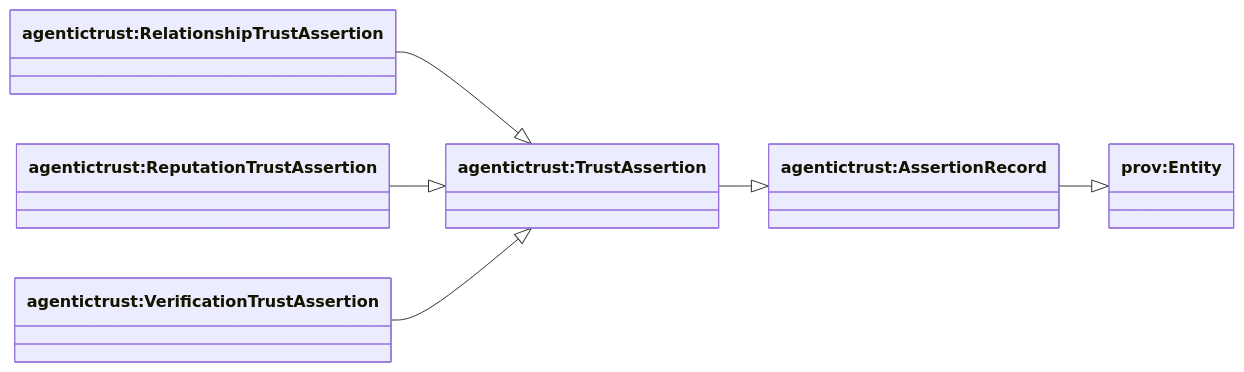
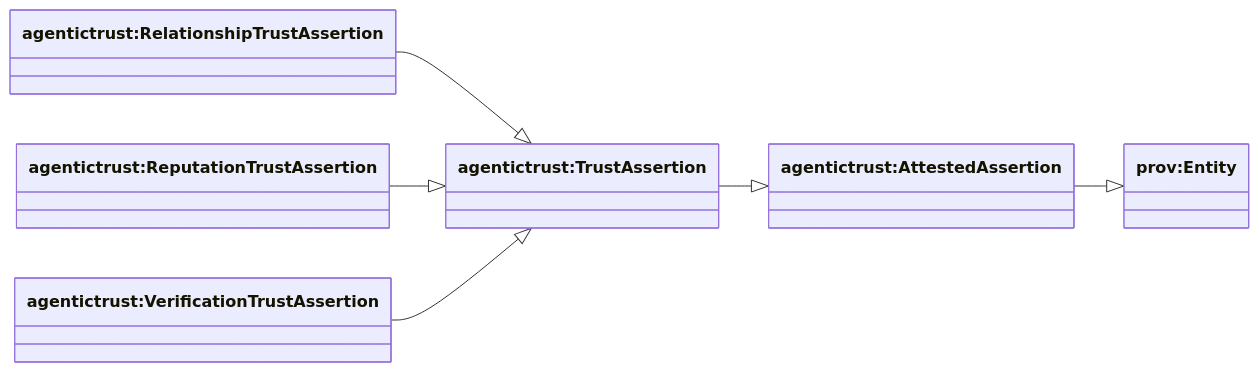
The third of 9 diagrams in docs/ontology/situation.md (Agentic-Trust-Layer/agent-explorer), drawn with Mermaid before and after one commit. The commit also changed other lines of this file and 5 other files, not shown here.

Commit message:
updated ontology with attested assertion

````diff
--- a/docs/ontology/situation.md
+++ b/docs/ontology/situation.md
@@ -85,17 +85,17 @@
 ```mermaid
 classDiagram
 direction LR
 
 class provEntity["prov:Entity"]
-class AssertionRecord["agentictrust:AssertionRecord"]
+class AttestedAssertion["agentictrust:AttestedAssertion"]
 class TrustAssertion["agentictrust:TrustAssertion"]
 class RelationshipAssertion["agentictrust:RelationshipTrustAssertion"]
 class ReputationAssertion["agentictrust:ReputationTrustAssertion"]
 class VerificationAssertion["agentictrust:VerificationTrustAssertion"]
 
-AssertionRecord --|> provEntity
-TrustAssertion --|> AssertionRecord
+AttestedAssertion --|> provEntity
+TrustAssertion --|> AttestedAssertion
 RelationshipAssertion --|> TrustAssertion
 ReputationAssertion --|> TrustAssertion
 VerificationAssertion --|> TrustAssertion
 ```
````
